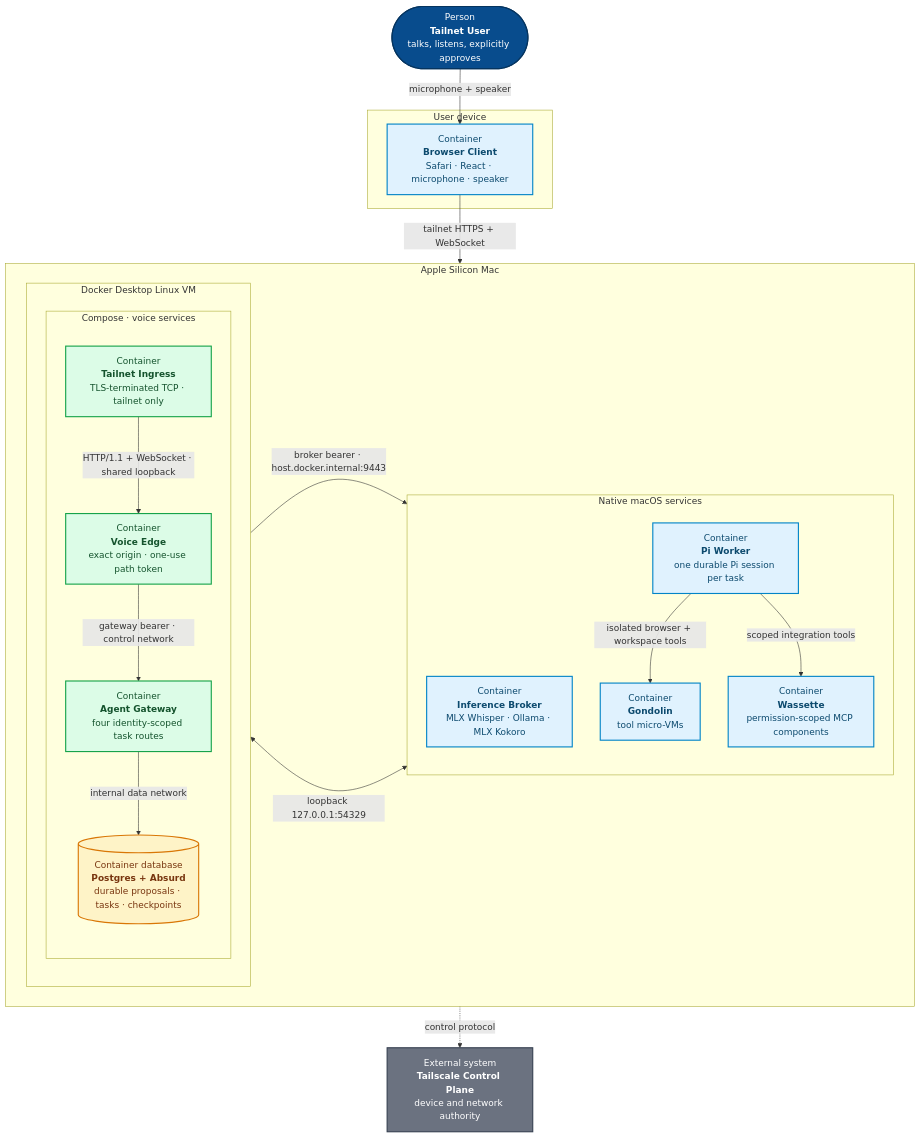
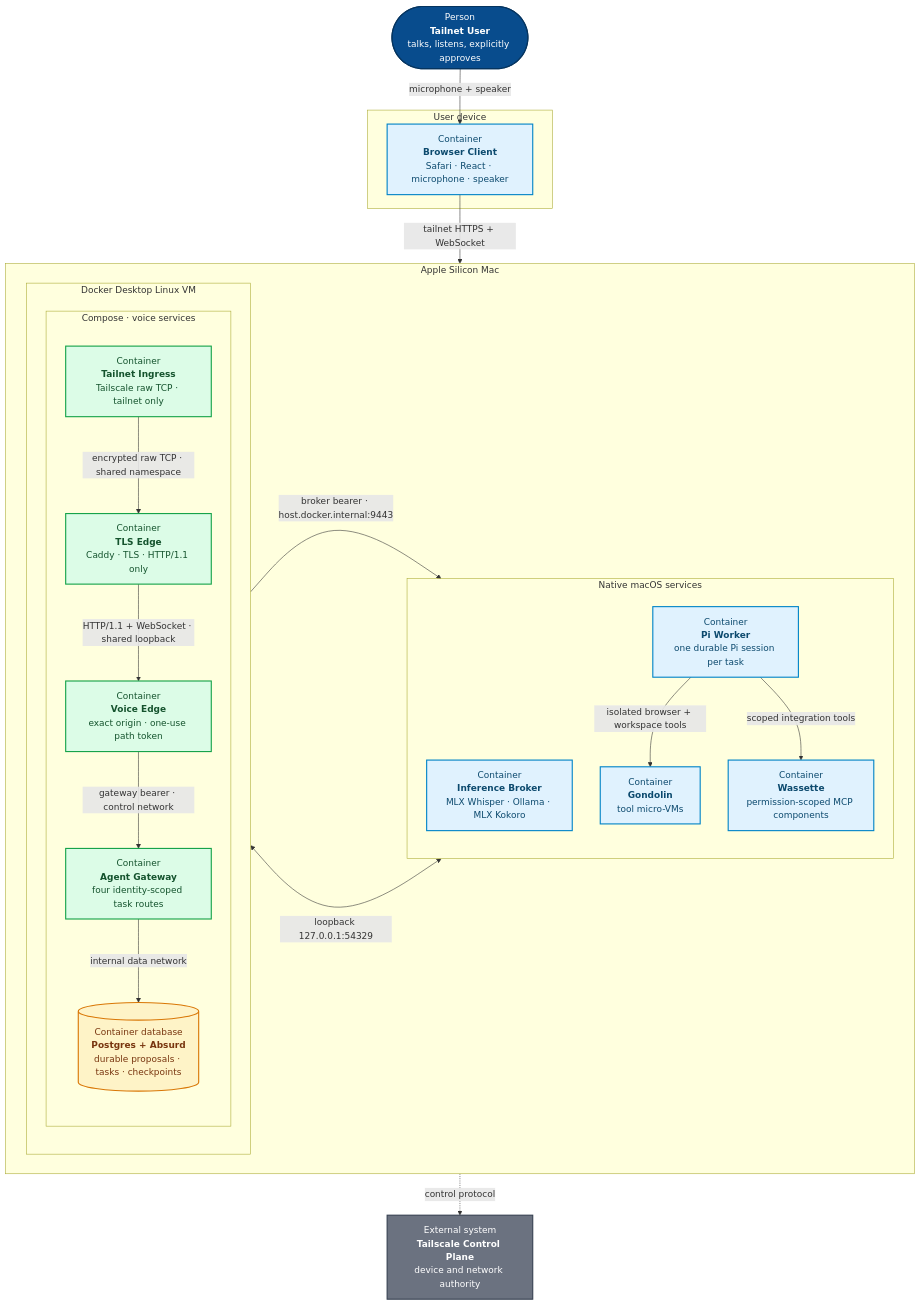
The diagram in workloads/pipecat-mlx-voice/docs/architecture/deployment-security.mmd (ragavsathish/agent-workload-platform), drawn with Mermaid before and after one commit. The commit also changed 13 other files, not shown here.

Commit message:
use raw tailnet TCP for Safari WebSockets

```diff
--- a/workloads/pipecat-mlx-voice/docs/architecture/deployment-security.mmd
+++ b/workloads/pipecat-mlx-voice/docs/architecture/deployment-security.mmd
@@ -1,53 +1,55 @@
 flowchart TB
     %% C4 deployment view: private voice ingress and isolated agent tools.
     USER(["Person<br/><b>Tailnet User</b><br/>talks, listens, explicitly approves"])
     CONTROL["External system<br/><b>Tailscale Control Plane</b><br/>device and network authority"]
 
     subgraph DEVICE["User device"]
         BROWSER["Container<br/><b>Browser Client</b><br/>Safari · React · microphone · speaker"]
     end
 
     subgraph MAC["Apple Silicon Mac"]
         direction LR
         subgraph DOCKER["Docker Desktop Linux VM"]
             direction TB
             subgraph COMPOSE["Compose · voice services"]
                 direction TB
-                INGRESS["Container<br/><b>Tailnet Ingress</b><br/>TLS-terminated TCP · tailnet only"]
+                INGRESS["Container<br/><b>Tailnet Ingress</b><br/>Tailscale raw TCP · tailnet only"]
+                TLSEDGE["Container<br/><b>TLS Edge</b><br/>Caddy · TLS · HTTP/1.1 only"]
                 EDGE["Container<br/><b>Voice Edge</b><br/>exact origin · one-use path token"]
                 GATEWAY["Container<br/><b>Agent Gateway</b><br/>four identity-scoped task routes"]
                 DB[("Container database<br/><b>Postgres + Absurd</b><br/>durable proposals · tasks · checkpoints")]
-                INGRESS -->|"HTTP/1.1 + WebSocket · shared loopback"| EDGE
+                INGRESS -->|"encrypted raw TCP · shared namespace"| TLSEDGE
+                TLSEDGE -->|"HTTP/1.1 + WebSocket · shared loopback"| EDGE
                 EDGE -->|"gateway bearer · control network"| GATEWAY
                 GATEWAY -->|"internal data network"| DB
             end
         end
 
         subgraph NATIVE["Native macOS services"]
             direction TB
             BROKER["Container<br/><b>Inference Broker</b><br/>MLX Whisper · Ollama · MLX Kokoro"]
             WORKER["Container<br/><b>Pi Worker</b><br/>one durable Pi session per task"]
             GONDOLIN["Container<br/><b>Gondolin</b><br/>tool micro-VMs"]
             WASSETTE["Container<br/><b>Wassette</b><br/>permission-scoped MCP components"]
             WORKER -->|"isolated browser + workspace tools"| GONDOLIN
             WORKER -->|"scoped integration tools"| WASSETTE
         end
 
         EDGE -->|"broker bearer · host.docker.internal:9443"| BROKER
         DB <-->|"loopback 127.0.0.1:54329"| WORKER
     end
 
     USER -->|"microphone + speaker"| BROWSER
     BROWSER -->|"tailnet HTTPS + WebSocket"| INGRESS
     INGRESS -.->|"control protocol"| CONTROL
 
     classDef person fill:#084c8d,color:#fff,stroke:#05345f,stroke-width:2px;
     classDef external fill:#6b7280,color:#fff,stroke:#374151,stroke-width:2px;
     classDef container fill:#e0f2fe,color:#0c4a6e,stroke:#0284c7,stroke-width:2px;
     classDef security fill:#dcfce7,color:#14532d,stroke:#16a34a,stroke-width:2px;
     classDef data fill:#fef3c7,color:#78350f,stroke:#d97706,stroke-width:2px;
     class USER person;
     class CONTROL external;
     class BROWSER,BROKER,WORKER,GONDOLIN,WASSETTE container;
-    class INGRESS,EDGE,GATEWAY security;
+    class INGRESS,TLSEDGE,EDGE,GATEWAY security;
     class DB data;
```
